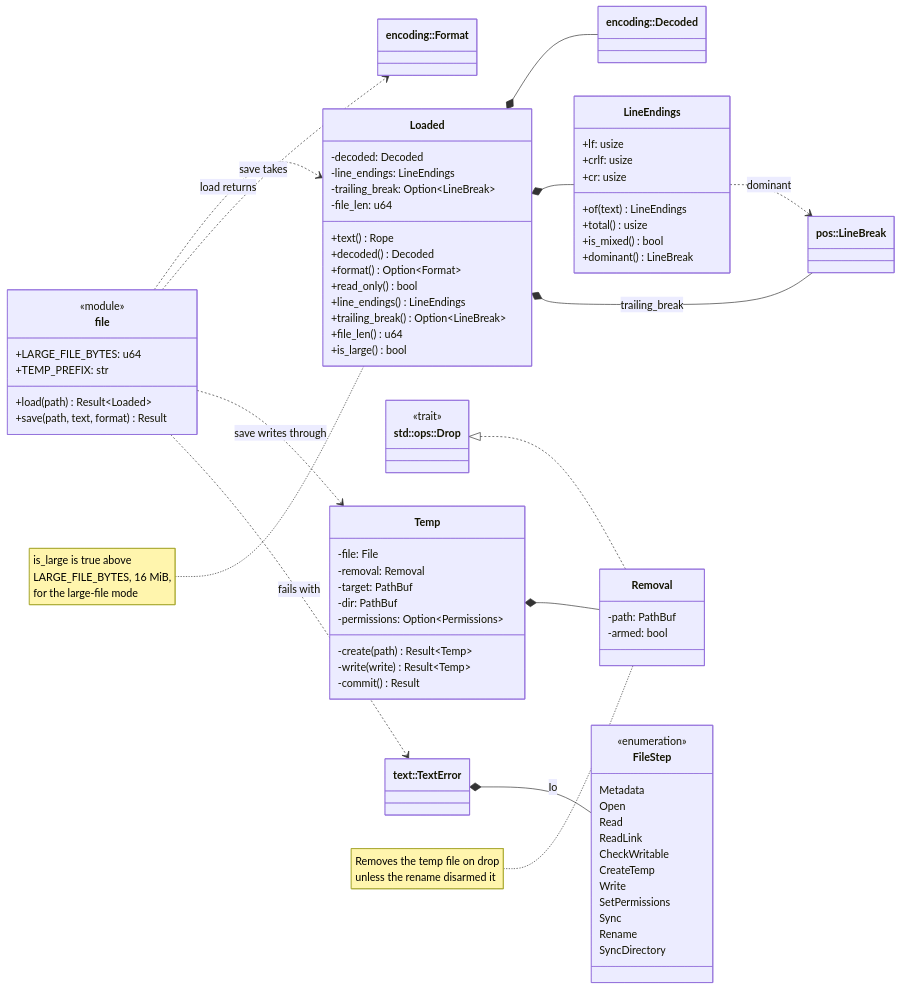
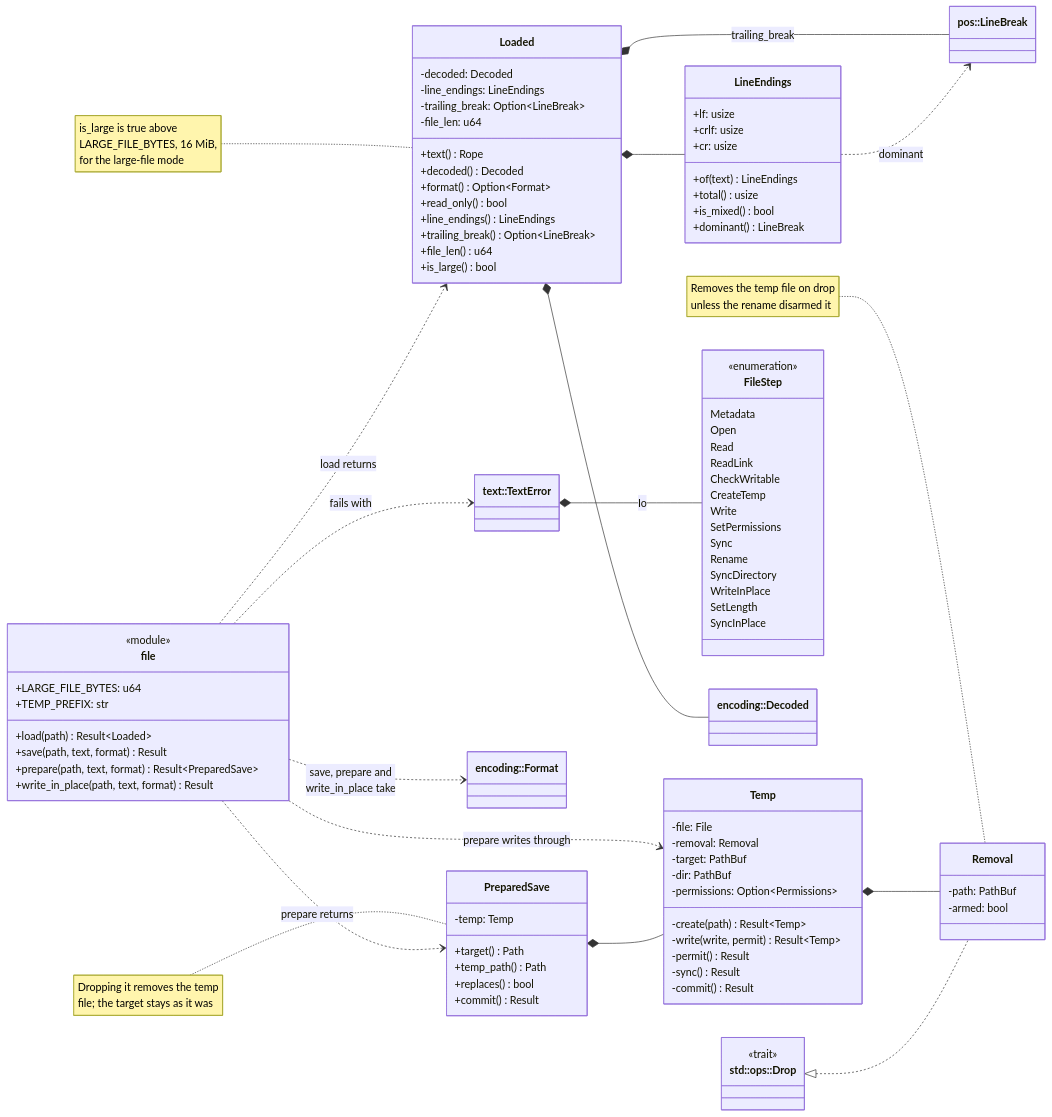
Before and after one commit to jabbott-iii/Tidepool: diagram 25 of 59 in diagrams/class-diagrams.md, drawn with Mermaid. The commit also changed other lines of this file and 50 other files, not shown here.

````diff
--- a/diagrams/class-diagrams.md
+++ b/diagrams/class-diagrams.md
@@ -1902,6 +1913,15 @@
         +TEMP_PREFIX: str
         +load(path) Result~Loaded~
         +save(path, text, format) Result
+        +prepare(path, text, format) Result~PreparedSave~
+        +write_in_place(path, text, format) Result
+    }
+    class PreparedSave {
+        -temp: Temp
+        +target() Path
+        +temp_path() Path
+        +replaces() bool
+        +commit() Result
     }
     class Loaded {
         -decoded: Decoded
@@ -1933,7 +1953,9 @@
         -dir: PathBuf
         -permissions: Option~Permissions~
         -create(path) Result~Temp~
-        -write(write) Result~Temp~
+        -write(write, permit) Result~Temp~
+        -permit() Result
+        -sync() Result
         -commit() Result
     }
     class Removal {
@@ -1956,15 +1978,20 @@
         Sync
         Rename
         SyncDirectory
+        WriteInPlace
+        SetLength
+        SyncInPlace
     }
     class Decoded["encoding::Decoded"]
     class Format["encoding::Format"]
     class LineBreak["pos::LineBreak"]
     class TextError["text::TextError"]
     FileFns ..> Loaded : load returns
-    FileFns ..> Format : save takes
-    FileFns ..> Temp : save writes through
+    FileFns ..> Format : save, prepare and<br/>write_in_place take
+    FileFns ..> PreparedSave : prepare returns
+    FileFns ..> Temp : prepare writes through
     FileFns ..> TextError : fails with
+    PreparedSave *-- Temp
     Loaded *-- Decoded
     Loaded *-- LineEndings
     Loaded *-- LineBreak : trailing_break
@@ -1973,5 +2000,6 @@
     Drop <|.. Removal
     TextError *-- FileStep : Io
     note for Removal "Removes the temp file on drop<br/>unless the rename disarmed it"
+    note for PreparedSave "Dropping it removes the temp<br/>file; the target stays as it was"
     note for Loaded "is_large is true above<br/>LARGE_FILE_BYTES, 16 MiB,<br/>for the large-file mode"
 ```
````
